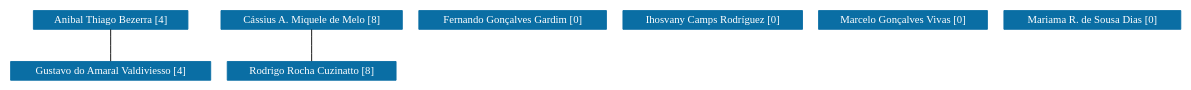
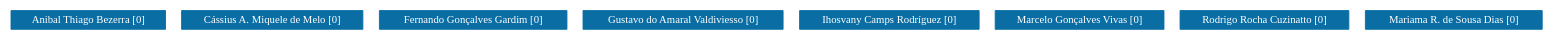
One commit to icamps/unifal-lattes.github.io changed the diagram in PPGF-UNIFAL/grafoDeColaboracoesSemPesos.dot. Above: the diagram before and after it, drawn with Graphviz. The commit also changed 441 other files, not shown here.

```diff
--- a/PPGF-UNIFAL/grafoDeColaboracoesSemPesos.dot
+++ b/PPGF-UNIFAL/grafoDeColaboracoesSemPesos.dot
@@ -1,69 +1,67 @@
 strict graph grafo1 {
-	graph [bb="0,0,1085,78",
+	graph [bb="0,0,1426,21",
 		id=grafo1,
 		overlap=False
 	];
 	node [fontsize=12,
 		label="\N",
 		shape=rectangle,
 		style=filled
 	];
 	0	 [URL="membro-8478305453281130.html",
 		color="#0A6EA4",
 		fontcolor="#FFFFFF",
 		height=0.29167,
-		label="Anibal Thiago Bezerra [4]",
-		pos="91.5,67.5",
+		label="Anibal Thiago Bezerra [0]",
+		pos="71.5,10.5",
 		width=1.9861];
-	3	 [URL="membro-4023778019418442.html",
-		color="#0A6EA4",
-		fontcolor="#FFFFFF",
-		height=0.29167,
-		label="Gustavo do Amaral Valdiviesso [4]",
-		pos="91.5,10.5",
-		width=2.5417];
-	0 -- 3	 [pos="91.5,56.779 91.5,46.588 91.5,31.348 91.5,21.173"];
 	1	 [URL="membro-4002033080997386.html",
 		color="#0A6EA4",
 		fontcolor="#FFFFFF",
 		height=0.29167,
-		label="Cássius A. Miquele de Melo [8]",
-		pos="278.5,67.5",
+		label="Cássius A. Miquele de Melo [0]",
+		pos="244.5,10.5",
 		width=2.3194];
-	6	 [URL="membro-8073303573679522.html",
-		color="#0A6EA4",
-		fontcolor="#FFFFFF",
-		height=0.29167,
-		label="Rodrigo Rocha Cuzinatto [8]",
-		pos="278.5,10.5",
-		width=2.1389];
-	1 -- 6	 [pos="278.5,56.779 278.5,46.588 278.5,31.348 278.5,21.173"];
 	2	 [URL="membro-2425549033248106.html",
 		color="#0A6EA4",
 		fontcolor="#FFFFFF",
 		height=0.29167,
 		label="Fernando Gonçalves Gardim [0]",
-		pos="465.5,67.5",
+		pos="431.5,10.5",
 		width=2.3611];
+	3	 [URL="membro-4023778019418442.html",
+		color="#0A6EA4",
+		fontcolor="#FFFFFF",
+		height=0.29167,
+		label="Gustavo do Amaral Valdiviesso [0]",
+		pos="626.5,10.5",
+		width=2.5417];
 	4	 [URL="membro-3732563704810366.html",
 		color="#0A6EA4",
 		fontcolor="#FFFFFF",
 		height=0.29167,
 		label="Ihosvany Camps Rodríguez [0]",
-		pos="650.5,67.5",
+		pos="818.5,10.5",
 		width=2.2778];
 	5	 [URL="membro-1312049227898761.html",
 		color="#0A6EA4",
 		fontcolor="#FFFFFF",
 		height=0.29167,
 		label="Marcelo Gonçalves Vivas [0]",
-		pos="828.5,67.5",
+		pos="996.5,10.5",
 		width=2.1528];
+	6	 [URL="membro-8073303573679522.html",
+		color="#0A6EA4",
+		fontcolor="#FFFFFF",
+		height=0.29167,
+		label="Rodrigo Rocha Cuzinatto [0]",
+		pos="1169.5,10.5",
+		width=2.1389];
 	7	 [URL="membro-9972552337847809.html",
 		color="#0A6EA4",
 		fontcolor="#FFFFFF",
 		height=0.29167,
 		label="Mariama R. de Sousa Dias [0]",
-		pos="1004.5,67.5",
+		pos="1345.5,10.5",
 		width=2.2361];
 }
```
